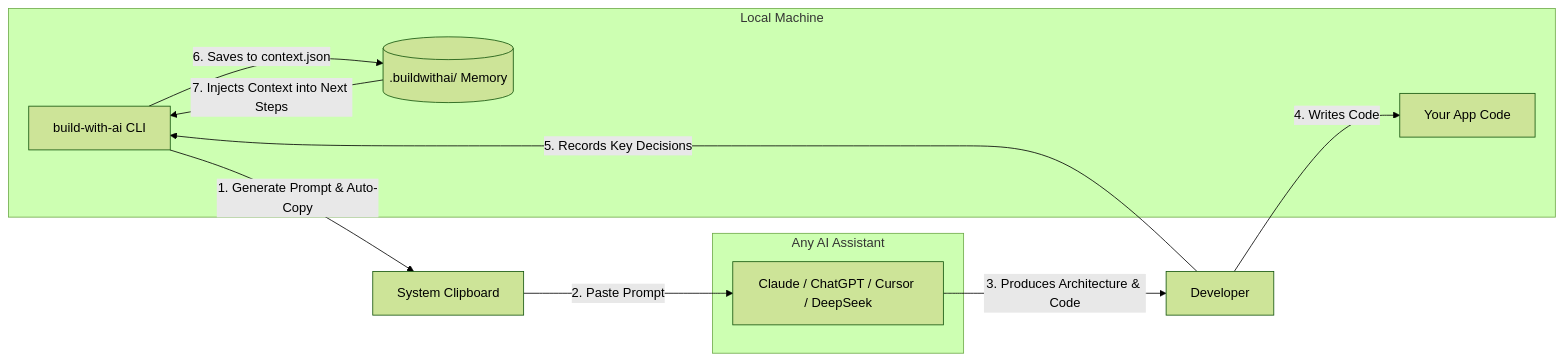
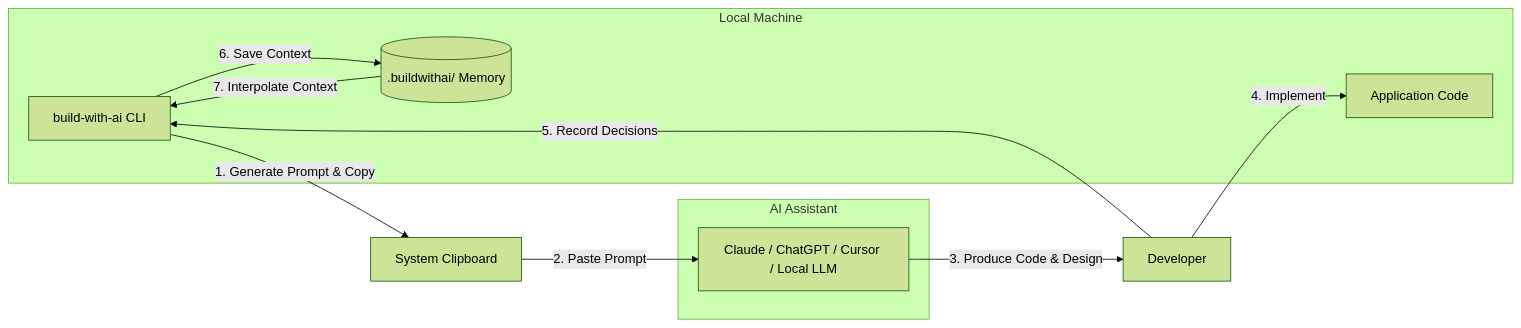
The diagram in README.md (PicadoLabs/build-with-ai), drawn with Mermaid (forest theme) before and after one commit. The commit also changed other lines of this file and 4 other files, not shown here.

````diff
--- a/README.md
+++ b/README.md
@@ -59,20 +40,20 @@
 ```mermaid
 graph LR
     subgraph Local Machine
         CLI[build-with-ai CLI]
         Store[(.buildwithai/ Memory)]
-        Code[Your App Code]
+        Code[Application Code]
     end
 
-    subgraph Any AI Assistant
-        AI[Claude / ChatGPT / Cursor / DeepSeek]
+    subgraph AI Assistant
+        AI[Claude / ChatGPT / Cursor / Local LLM]
     end
 
-    CLI -->|1. Generate Prompt & Auto-Copy| Clipboard[System Clipboard]
+    CLI -->|1. Generate Prompt & Copy| Clipboard[System Clipboard]
     Clipboard -->|2. Paste Prompt| AI
-    AI -->|3. Produces Architecture & Code| Developer[Developer]
-    Developer -->|4. Writes Code| Code
-    Developer -->|5. Records Key Decisions| CLI
-    CLI -->|6. Saves to context.json| Store
-    Store -->|7. Injects Context into Next Steps| CLI
+    AI -->|3. Produce Code & Design| Developer[Developer]
+    Developer -->|4. Implement| Code
+    Developer -->|5. Record Decisions| CLI
+    CLI -->|6. Save Context| Store
+    Store -->|7. Interpolate Context| CLI
 ```
````
